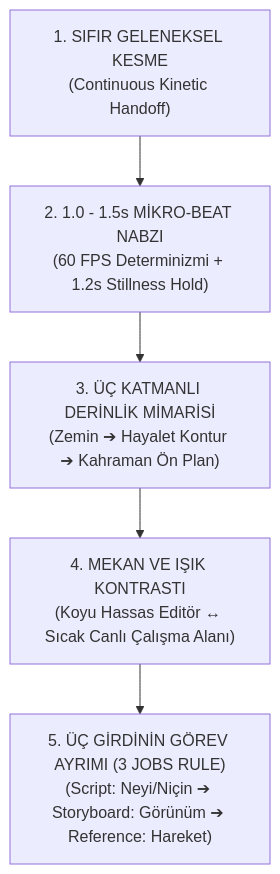
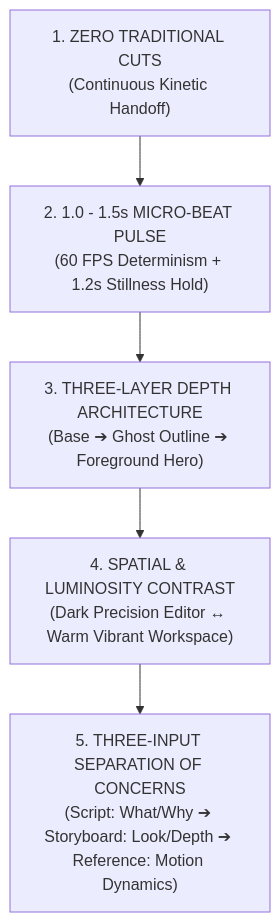
Before and after one commit to m2rtyaman/motion-lab: the diagram in references/MASTER_STORYBOARD_RULES.md, drawn with Mermaid. The commit also changed other lines of this file and 136 other files, not shown here.

````diff
--- a/references/MASTER_STORYBOARD_RULES.md
+++ b/references/MASTER_STORYBOARD_RULES.md
@@ -9,7 +9,7 @@
 ```mermaid
 flowchart TD
-    A["1. SIFIR GELENEKSEL KESME\n(Continuous Kinetic Handoff)"] --> B["2. 1.0 - 1.5s MİKRO-BEAT NABZI\n(60 FPS Determinizmi + 1.2s Stillness Hold)"]
-    B --> C["3. ÜÇ KATMANLI DERİNLİK MİMARİSİ\n(Zemin ➔ Hayalet Kontur ➔ Kahraman Ön Plan)"]
-    C --> D["4. MEKAN VE IŞIK KONTRASTI\n(Koyu Hassas Editör ↔ Sıcak Canlı Çalışma Alanı)"]
-    D --> E["5. ÜÇ GİRDİNİN GÖREV AYRIMI (3 JOBS RULE)\n(Script: Neyi/Niçin ➔ Storyboard: Görünüm ➔ Reference: Hareket)"]
+    A["1. ZERO TRADITIONAL CUTS\n(Continuous Kinetic Handoff)"] --> B["2. 1.0 - 1.5s MICRO-BEAT PULSE\n(60 FPS Determinism + 1.2s Stillness Hold)"]
+    B --> C["3. THREE-LAYER DEPTH ARCHITECTURE\n(Base ➔ Ghost Outline ➔ Foreground Hero)"]
+    C --> D["4. SPATIAL & LUMINOSITY CONTRAST\n(Dark Precision Editor ↔ Warm Vibrant Workspace)"]
+    D --> E["5. THREE-INPUT SEPARATION OF CONCERNS\n(Script: What/Why ➔ Storyboard: Look/Depth ➔ Reference: Motion Dynamics)"]
 ```
````
